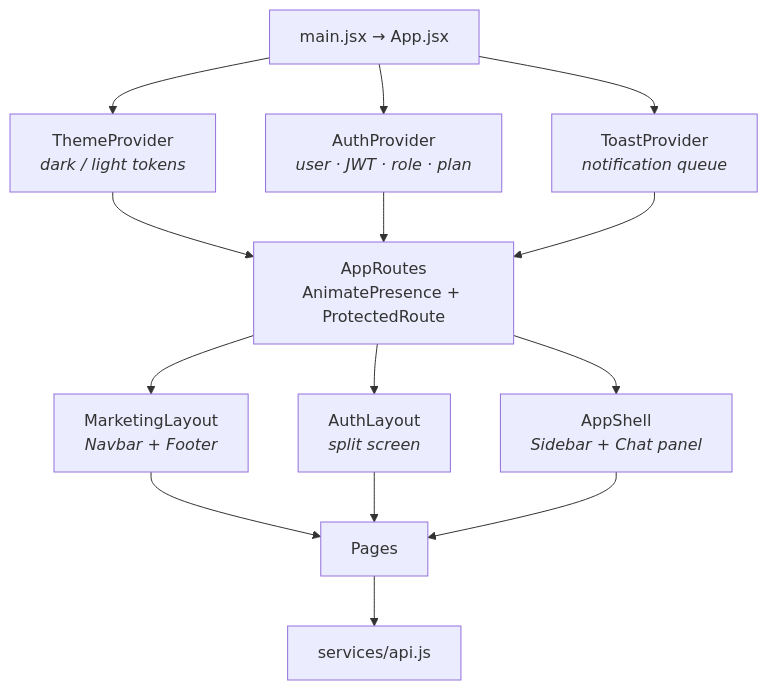
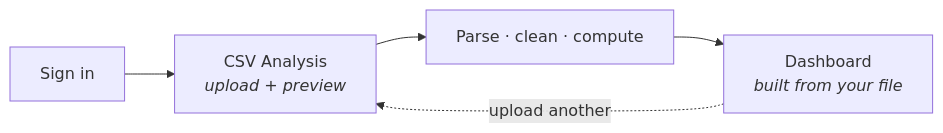
The first of 2 diagrams in README.md (git-rifa26/InsightMart), drawn with Mermaid before and after one commit. The commit also changed other lines of this file and 19 other files, not shown here.

````diff
--- a/README.md
+++ b/README.md
@@ -66,18 +75,7 @@
 ```mermaid
-flowchart TB
-    M["main.jsx → App.jsx"]
-    M --> T["ThemeProvider<br/><i>dark / light tokens</i>"]
-    M --> A["AuthProvider<br/><i>user · JWT · role · plan</i>"]
-    M --> N["ToastProvider<br/><i>notification queue</i>"]
-    T --> R
-    A --> R
-    N --> R
-    R["AppRoutes<br/>AnimatePresence + ProtectedRoute"]
-    R --> L1["MarketingLayout<br/><i>Navbar + Footer</i>"]
-    R --> L2["AuthLayout<br/><i>split screen</i>"]
-    R --> L3["AppShell<br/><i>Sidebar + Chat panel</i>"]
-    L1 --> P["Pages"]
-    L2 --> P
-    L3 --> P
-    P --> G["services/api.js"]
+flowchart LR
+    L["Sign in"] --> A["CSV Analysis<br/><i>upload + preview</i>"]
+    A --> R["Parse · clean · compute"]
+    R --> D["Dashboard<br/><i>built from your file</i>"]
+    D -.->|upload another| A
 ```
````
